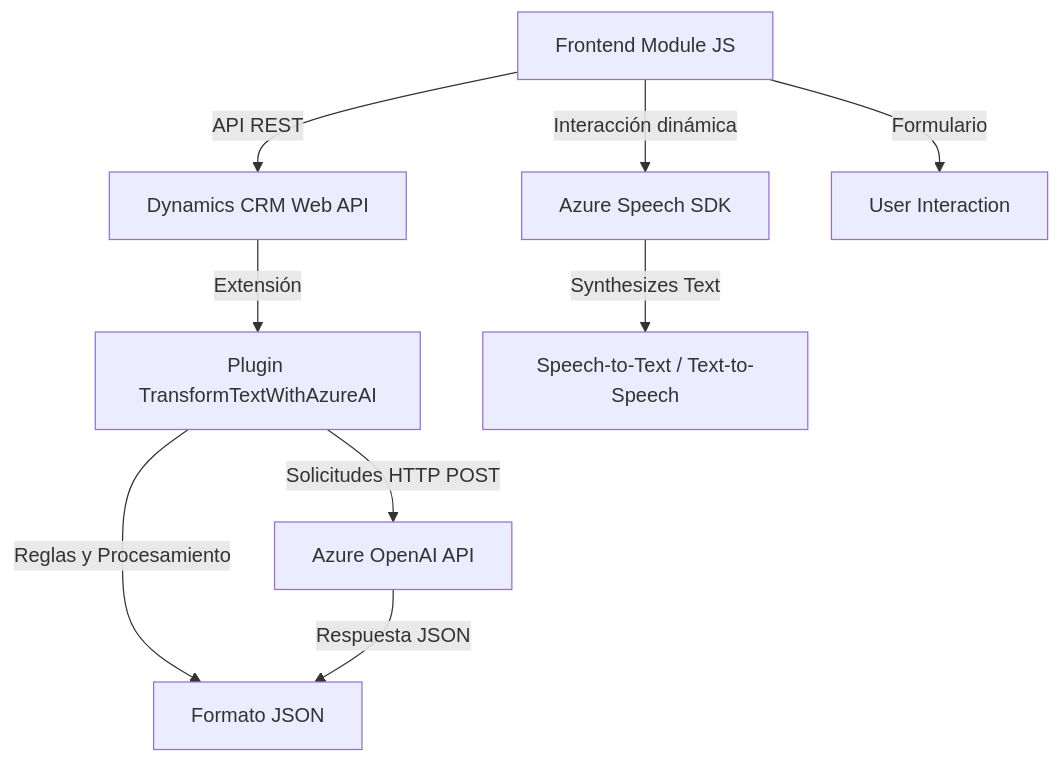
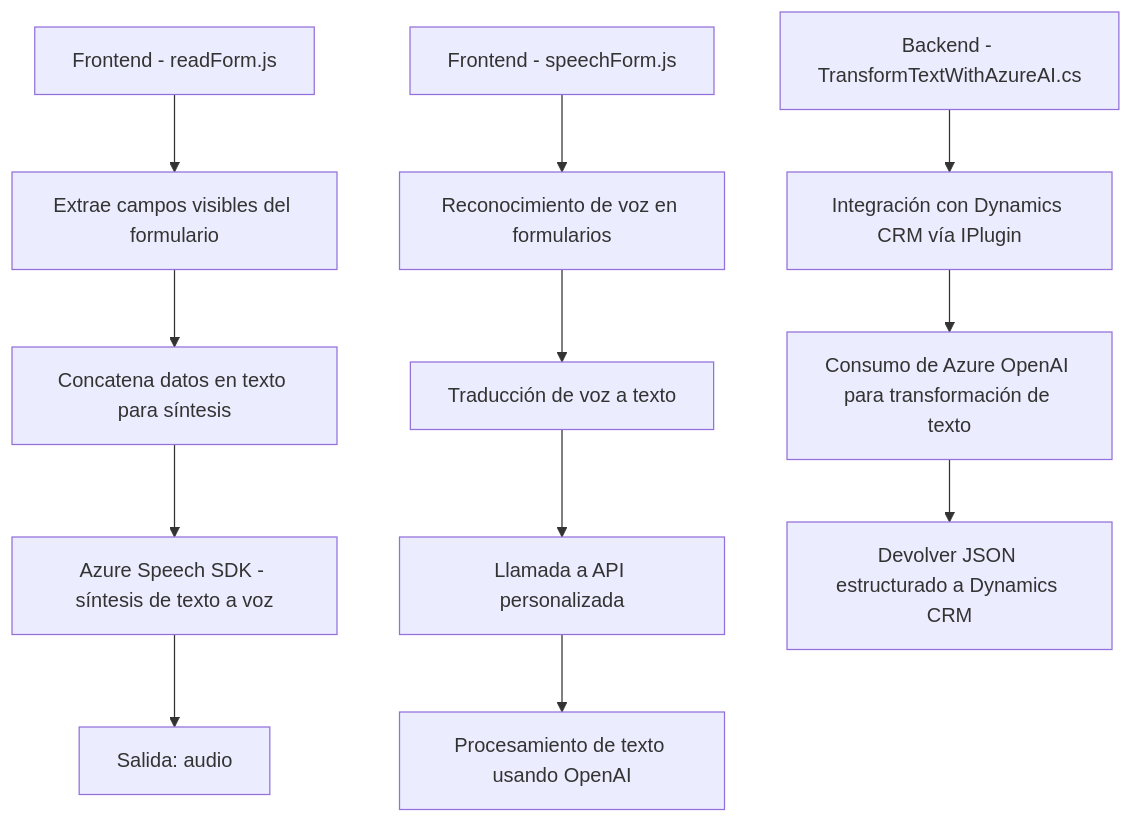
The diagram in README.md (blopezdm/NETCORE_BILBAO2025), drawn with Mermaid before and after one commit. The commit also changed other lines of this file, not shown here.

Commit message:
Actualizar análisis global de la solución con IA

````diff
--- a/README.md
+++ b/README.md
@@ -33,12 +44,16 @@
 ```mermaid
 graph TD
-  A["Frontend Module JS"] -->|Interacción dinámica| B["Azure Speech SDK"]
-  A -->|API REST| C["Dynamics CRM Web API"]
-  C -->|Extensión| D["Plugin TransformTextWithAzureAI"]
-  D -->|Solicitudes HTTP POST| E["Azure OpenAI API"]
-
-  A -->|Formulario| F["User Interaction"]
-  B -->|Synthesizes Text| G["Speech-to-Text / Text-to-Speech"]
-  D -->|Reglas y Procesamiento| H["Formato JSON"]
-  E -->|Respuesta JSON| H
+    A["Frontend - readForm.js"] --> B["Extrae campos visibles del formulario"]
+    B --> C["Concatena datos en texto para síntesis"]
+    C --> D["Azure Speech SDK - síntesis de texto a voz"]
+    D --> E["Salida: audio"]
+    
+    F["Frontend - speechForm.js"] --> G["Reconocimiento de voz en formularios"]
+    G --> H["Traducción de voz a texto"]
+    H --> I["Llamada a API personalizada"]
+    I --> J["Procesamiento de texto usando OpenAI"]
+    
+    K["Backend - TransformTextWithAzureAI.cs"] --> L["Integración con Dynamics CRM vía IPlugin"]
+    L --> M["Consumo de Azure OpenAI para transformación de texto"]
+    M --> N["Devolver JSON estructurado a Dynamics CRM"]
 ```
````
